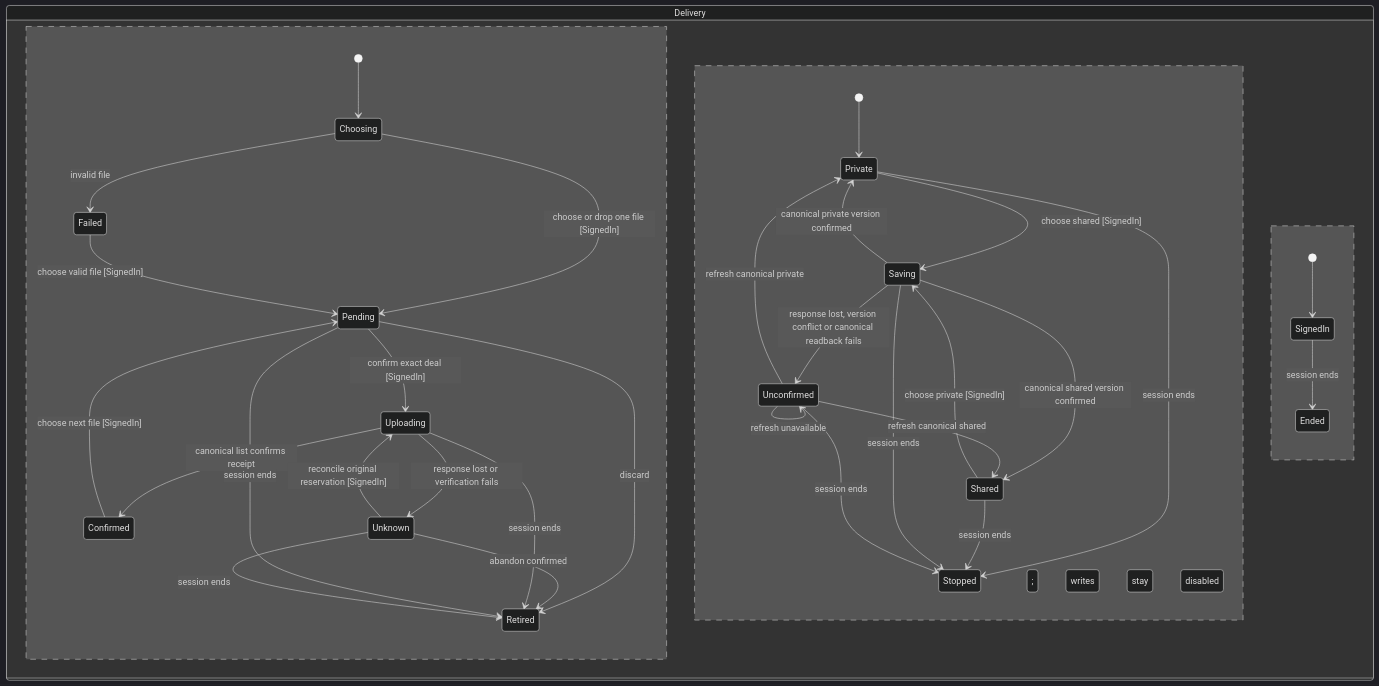
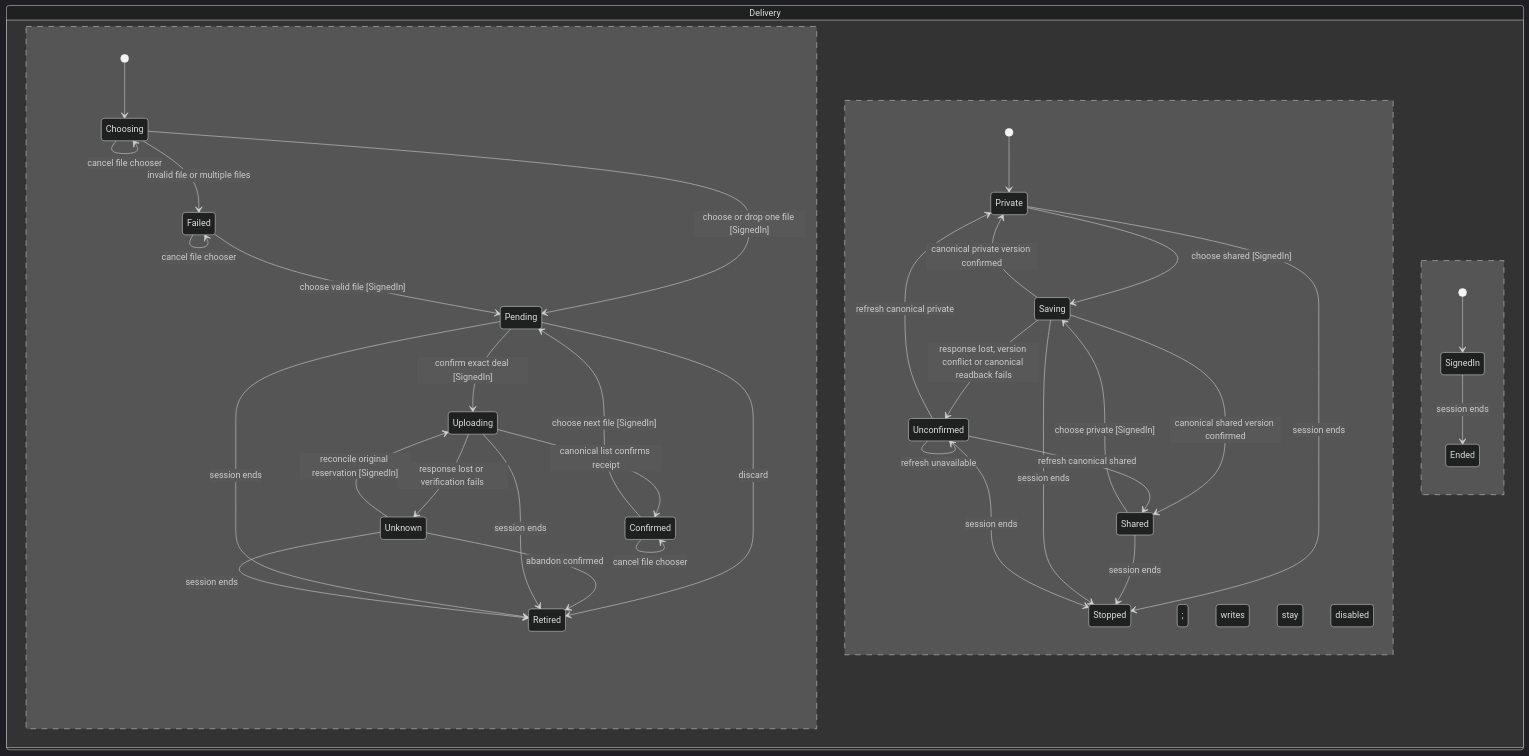
Before and after one commit to jbookout/doctorcre-app: the diagram in docs/statecharts/deal-deliverable-upload.mmd, drawn with Mermaid (dark theme). The commit also changed 2 other files, not shown here.

Commit message:
fix(deliverables): leave chooser cancellation unchanged
Return before validation when a selection contains no files.
Keep multiple-file rejection and the existing upload lifecycle.

Card: WR586.S4.J16

```diff
--- a/docs/statecharts/deal-deliverable-upload.mmd
+++ b/docs/statecharts/deal-deliverable-upload.mmd
@@ -1,44 +1,47 @@
 stateDiagram-v2
   state Delivery {
     [*] --> Choosing
+    Choosing --> Choosing: cancel file chooser
+    Failed --> Failed: cancel file chooser
+    Confirmed --> Confirmed: cancel file chooser
     Choosing --> Pending: choose or drop one file [SignedIn]
     %% when SignedIn
     Pending --> Uploading: confirm exact deal [SignedIn]
     %% when SignedIn
     Uploading --> Confirmed: canonical list confirms receipt
     Uploading --> Unknown: response lost or verification fails
     Unknown --> Uploading: reconcile original reservation [SignedIn]
     %% when SignedIn
     Pending --> Retired: discard
     Unknown --> Retired: abandon confirmed
-    Choosing --> Failed: invalid file
+    Choosing --> Failed: invalid file or multiple files
     Failed --> Pending: choose valid file [SignedIn]
     %% when SignedIn
     Confirmed --> Pending: choose next file [SignedIn]
     %% when SignedIn
     Uploading --> Retired: session ends
     Pending --> Retired: session ends
     Unknown --> Retired: session ends
   --
     [*] --> Private
     Private --> Saving: choose shared [SignedIn]
     %% when SignedIn
     Shared --> Saving: choose private [SignedIn]
     %% when SignedIn
     Saving --> Shared: canonical shared version confirmed
     Saving --> Private: canonical private version confirmed
     Saving --> Unconfirmed: response lost, version conflict or canonical readback fails
     Unconfirmed --> Unconfirmed: refresh unavailable; writes stay disabled
     Unconfirmed --> Private: refresh canonical private
     Unconfirmed --> Shared: refresh canonical shared
     Private --> Stopped: session ends
     Shared --> Stopped: session ends
     Saving --> Stopped: session ends
     Unconfirmed --> Stopped: session ends
   --
     [*] --> SignedIn
     SignedIn --> Ended: session ends
   }
 %% never NoUploadAfterSession: Ended & Uploading -- A session change cannot continue an upload.
 %% never NoPendingAfterSession: Ended & Pending -- A session change retires selected bytes.
 %% never NoVisibilityAfterSession: Ended & Saving -- A session change cannot continue a designation write.
```
